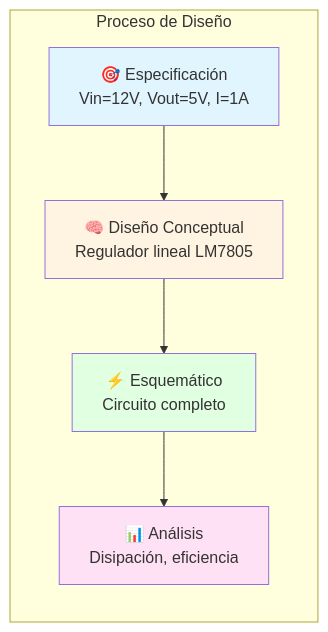
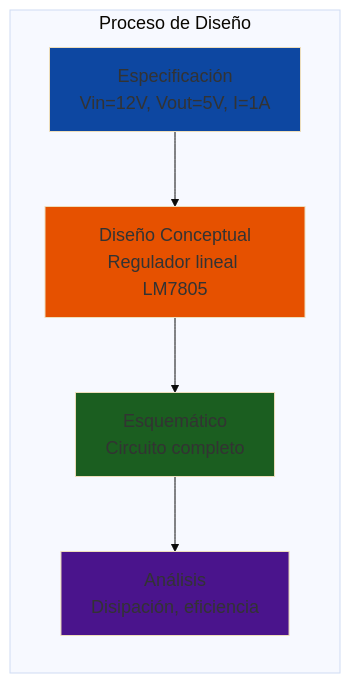
Before and after one commit to Ai-Whisperers/Courses-Content: the third of 11 diagrams in courses/🟡-development/FPUNA-2026/02-ELECTRONICA-AUTOMATIZACION/01-diseno-circuitos-ia.md, drawn with Mermaid. The commit also changed other lines of this file and 47 other files, not shown here.

First line of the commit message:
fix: Make all 473 diagrams WCAG AAA accessible (FPUNA-2026)

````diff
--- a/courses/🟡-development/FPUNA-2026/02-ELECTRONICA-AUTOMATIZACION/01-diseno-circuitos-ia.md
+++ b/courses/🟡-development/FPUNA-2026/02-ELECTRONICA-AUTOMATIZACION/01-diseno-circuitos-ia.md
@@ -91,18 +93,19 @@
 ```mermaid
+%%{init: {'theme':'base', 'themeVariables': {'fontSize':'18px'}}}%%
 graph LR
     subgraph "Proceso de Diseño"
-        A[🎯 Especificación<br/>Vin=12V, Vout=5V, I=1A]
-        B[🧠 Diseño Conceptual<br/>Regulador lineal LM7805]
-        C[⚡ Esquemático<br/>Circuito completo]
-        D[📊 Análisis<br/>Disipación, eficiencia]
+        A[Especificación<br/>Vin=12V, Vout=5V, I=1A]
+        B[Diseño Conceptual<br/>Regulador lineal LM7805]
+        C[Esquemático<br/>Circuito completo]
+        D[Análisis<br/>Disipación, eficiencia]
         
         A --> B
         B --> C
         C --> D
     end
     
-    style A fill:#E1F5FF
-    style B fill:#FFF4E1
-    style C fill:#E1FFE1
-    style D fill:#FFE1F5
+    style A fill:#0d47a1
+    style B fill:#e65100
+    style C fill:#1b5e20
+    style D fill:#4a148c
 ```
````
